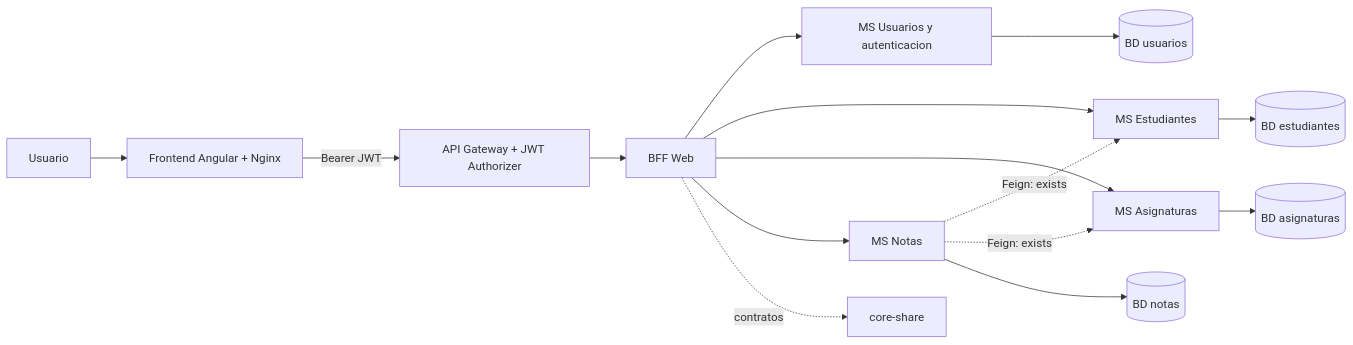
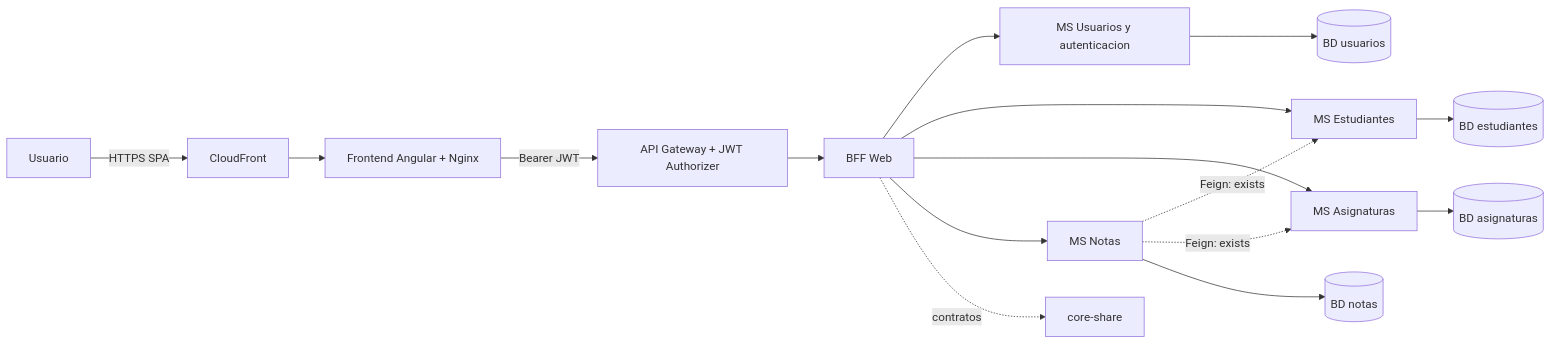
The diagram in docs/arquitectura.md (COdelValle/SIGA-Project), drawn with Mermaid before and after one commit. The commit also changed other lines of this file and 4 other files, not shown here.

Commit message:
feat(infra): CloudFront HTTPS para el SPA y CORS por origen de CloudFront

````diff
--- a/docs/arquitectura.md
+++ b/docs/arquitectura.md
@@ -7,17 +7,18 @@
 ```mermaid
 flowchart LR
-    U[Usuario] --> F[Frontend Angular + Nginx]
+    U[Usuario] -->|HTTPS SPA| CF[CloudFront]
+    CF --> F[Frontend Angular + Nginx]
     F -->|Bearer JWT| G[API Gateway + JWT Authorizer]
     G --> B[BFF Web]
     B --> A[MS Usuarios y autenticacion]
     B --> E[MS Estudiantes]
     B --> S[MS Asignaturas]
     B --> N[MS Notas]
     N -. Feign: exists .-> E
     N -. Feign: exists .-> S
     A --> DA[(BD usuarios)]
     E --> DE[(BD estudiantes)]
     S --> DS[(BD asignaturas)]
     N --> DN[(BD notas)]
     B -. contratos .-> C[core-share]
 ```
````
